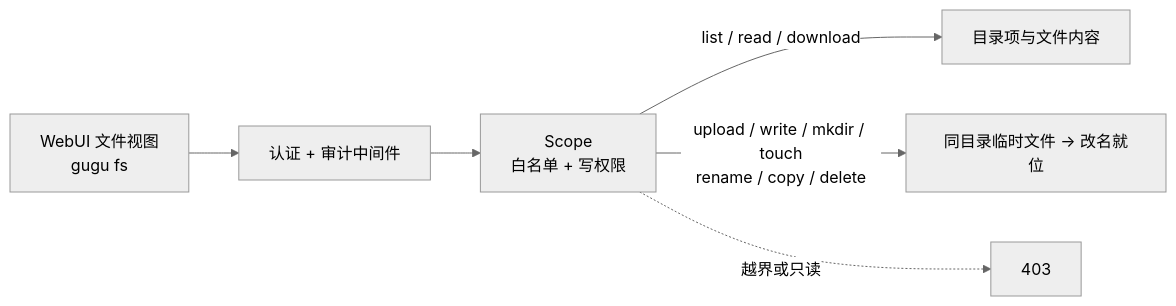
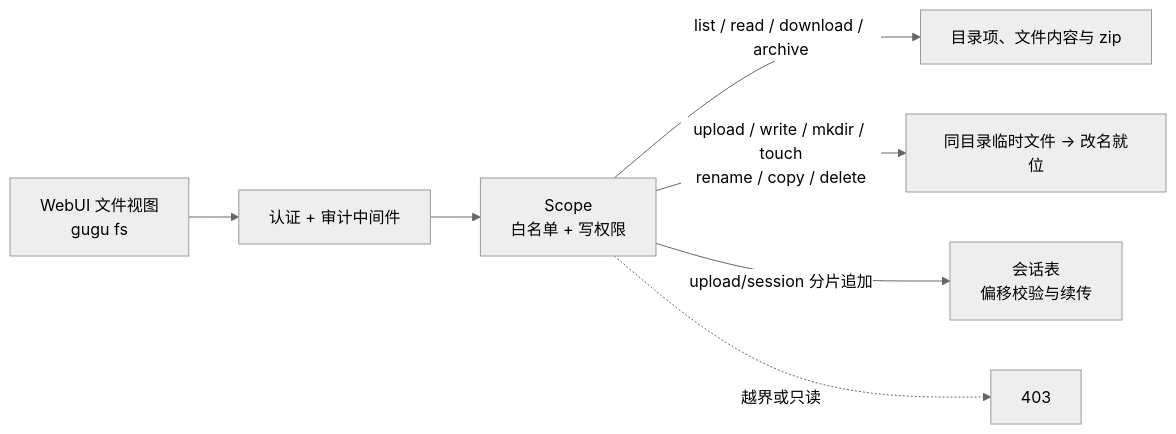
Before and after one commit to hongweifei/gugu-guard: the first of 2 diagrams in README.md, drawn with Mermaid (neutral theme). The commit also changed other lines of this file and 25 other files, not shown here.

````diff
--- a/README.md
+++ b/README.md
@@ -484,8 +490,9 @@
 ```mermaid
 flowchart LR
     U["WebUI 文件视图<br/>gugu fs"] --> A["认证 + 审计中间件"]
     A --> S["Scope<br/>白名单 + 写权限"]
-    S -->|"list / read / download"| R["目录项与文件内容"]
+    S -->|"list / read / download / archive"| R["目录项、文件内容与 zip"]
     S -->|"upload / write / mkdir / touch<br/>rename / copy / delete"| W["同目录临时文件 → 改名就位"]
+    S -->|"upload/session 分片追加"| C["会话表<br/>偏移校验与续传"]
     S -.->|"越界或只读"| D["403"]
 ```
````
